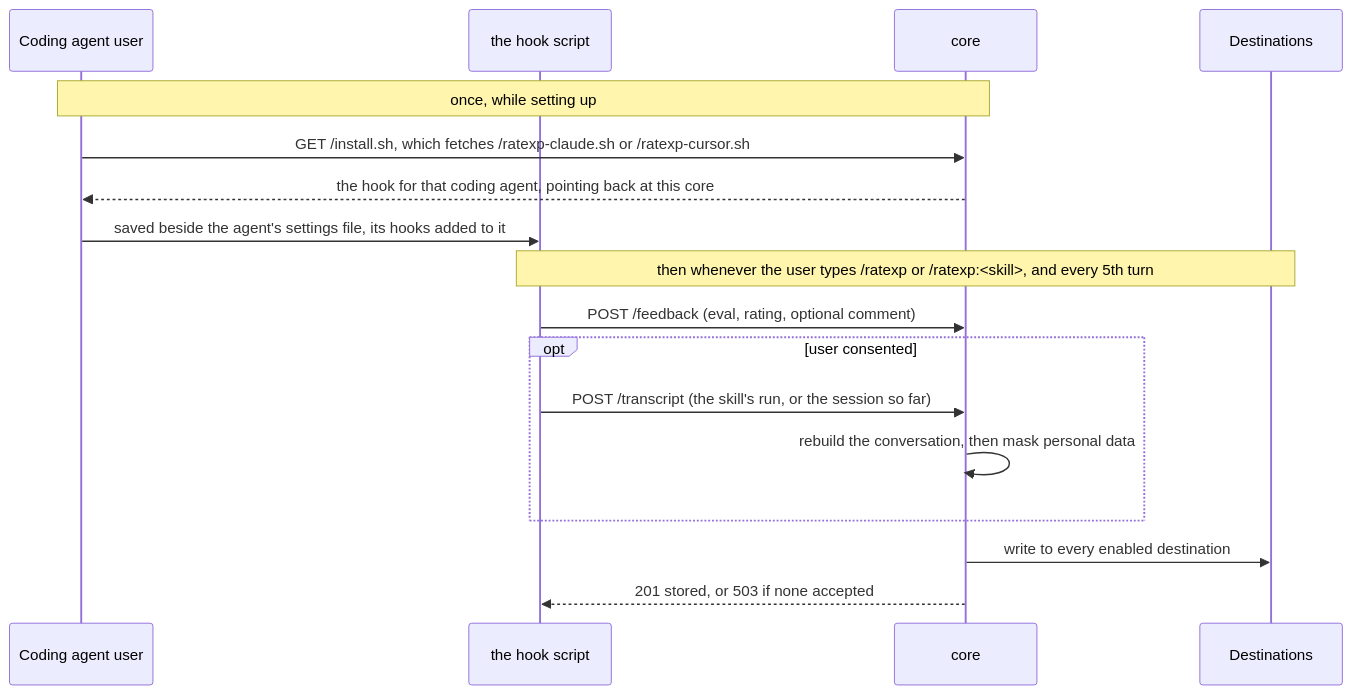
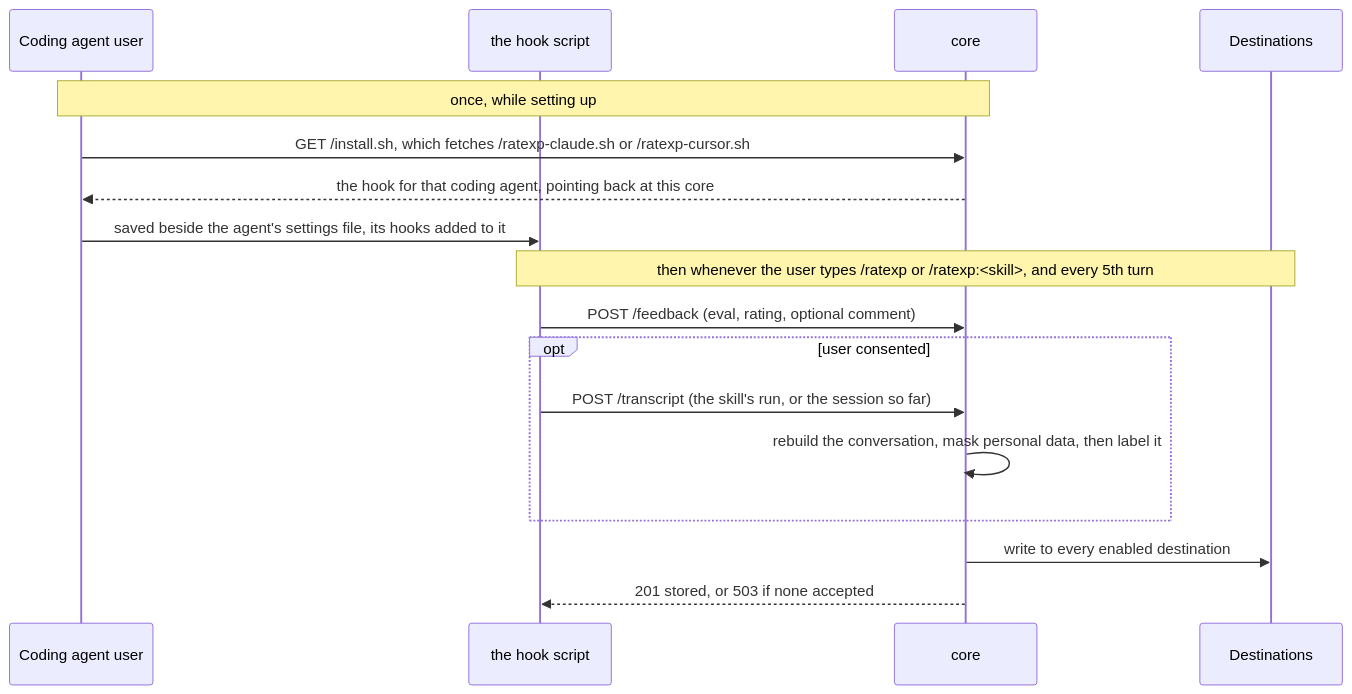
Before and after one commit to HikmetB1/RateXp: the diagram in core/README.md, drawn with Mermaid. The commit also changed other lines of this file and 55 other files, not shown here.

````diff
--- a/core/README.md
+++ b/core/README.md
@@ -8,21 +9,21 @@
 ```mermaid
 sequenceDiagram
     participant A as Coding agent user
     participant H as the hook script
     participant C as core
     participant D as Destinations
 
     Note over A,C: once, while setting up
     A->>C: GET /install.sh, which fetches /ratexp-claude.sh or /ratexp-cursor.sh
     C-->>A: the hook for that coding agent, pointing back at this core
     A->>H: saved beside the agent's settings file, its hooks added to it
 
     Note over H,D: then whenever the user types /ratexp or /ratexp:<skill>, and every 5th turn
     H->>C: POST /feedback (eval, rating, optional comment)
     opt user consented
         H->>C: POST /transcript (the skill's run, or the session so far)
-        C->>C: rebuild the conversation, then mask personal data
+        C->>C: rebuild the conversation, mask personal data, then label it
     end
     C->>D: write to every enabled destination
     C-->>H: 201 stored, or 503 if none accepted
 ```
````
